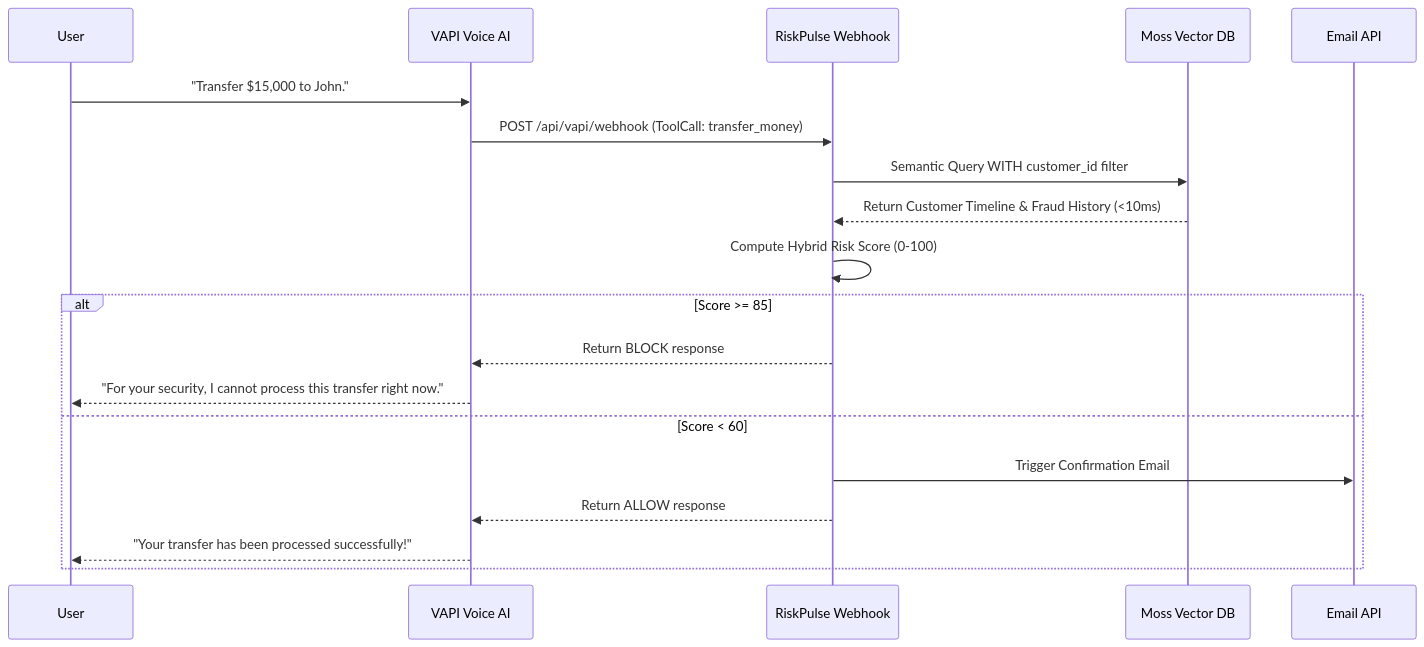
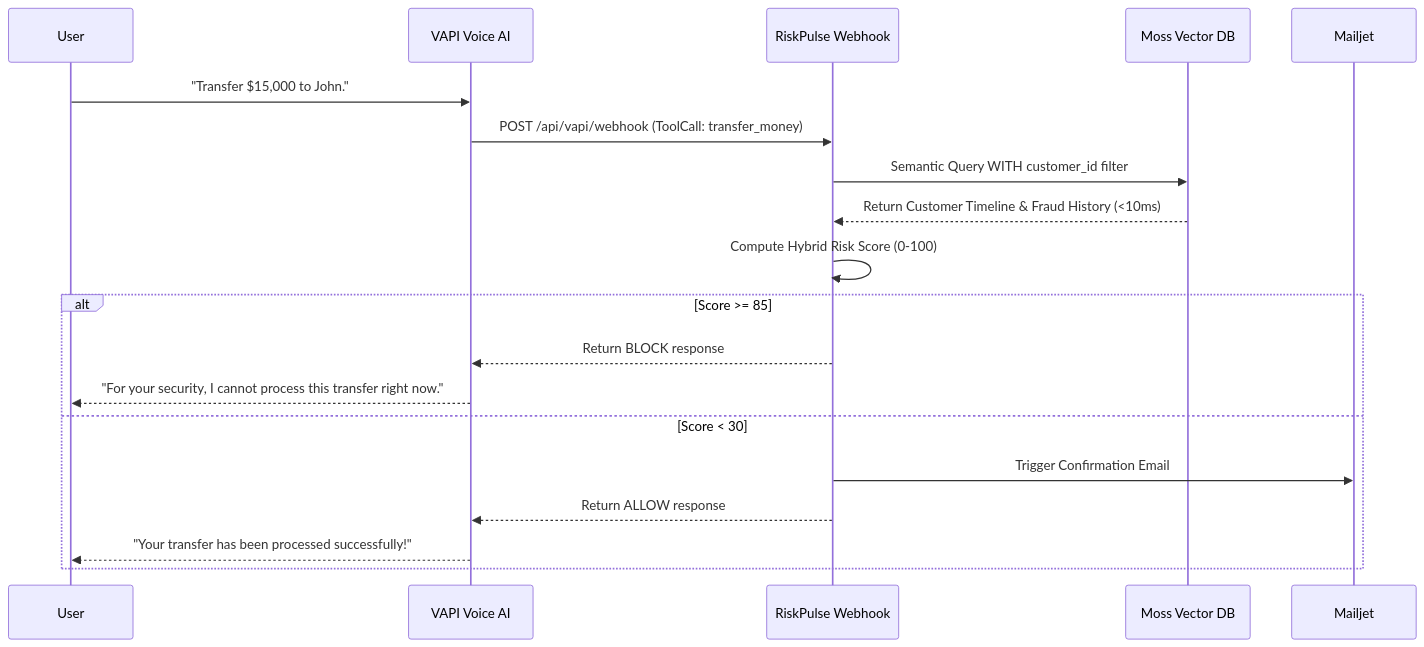
One commit to shantanushinde99/Risk-Pulse- changed the first of 2 diagrams in docs/ARCHITECTURE.md. Above: the diagram before and after it, drawn with Mermaid. The commit also changed other lines of this file and 28 other files, not shown here.

````diff
--- a/docs/ARCHITECTURE.md
+++ b/docs/ARCHITECTURE.md
@@ -67,25 +63,25 @@
 ```mermaid
 sequenceDiagram
     participant User
     participant VAPI as VAPI Voice AI
     participant FastAPI as RiskPulse Webhook
     participant Moss as Moss Vector DB
-    participant Resend as Email API
+    participant Mail as Mailjet
 
     User->>VAPI: "Transfer $15,000 to John."
     VAPI->>FastAPI: POST /api/vapi/webhook (ToolCall: transfer_money)
     
     FastAPI->>Moss: Semantic Query WITH customer_id filter
     Moss-->>FastAPI: Return Customer Timeline & Fraud History (<10ms)
     
     FastAPI->>FastAPI: Compute Hybrid Risk Score (0-100)
     
     alt Score >= 85
         FastAPI-->>VAPI: Return BLOCK response
         VAPI-->>User: "For your security, I cannot process this transfer right now."
-    else Score < 60
-        FastAPI->>Resend: Trigger Confirmation Email
+    else Score < 30
+        FastAPI->>Mail: Trigger Confirmation Email
         FastAPI-->>VAPI: Return ALLOW response
         VAPI-->>User: "Your transfer has been processed successfully!"
     end
 ```
````
